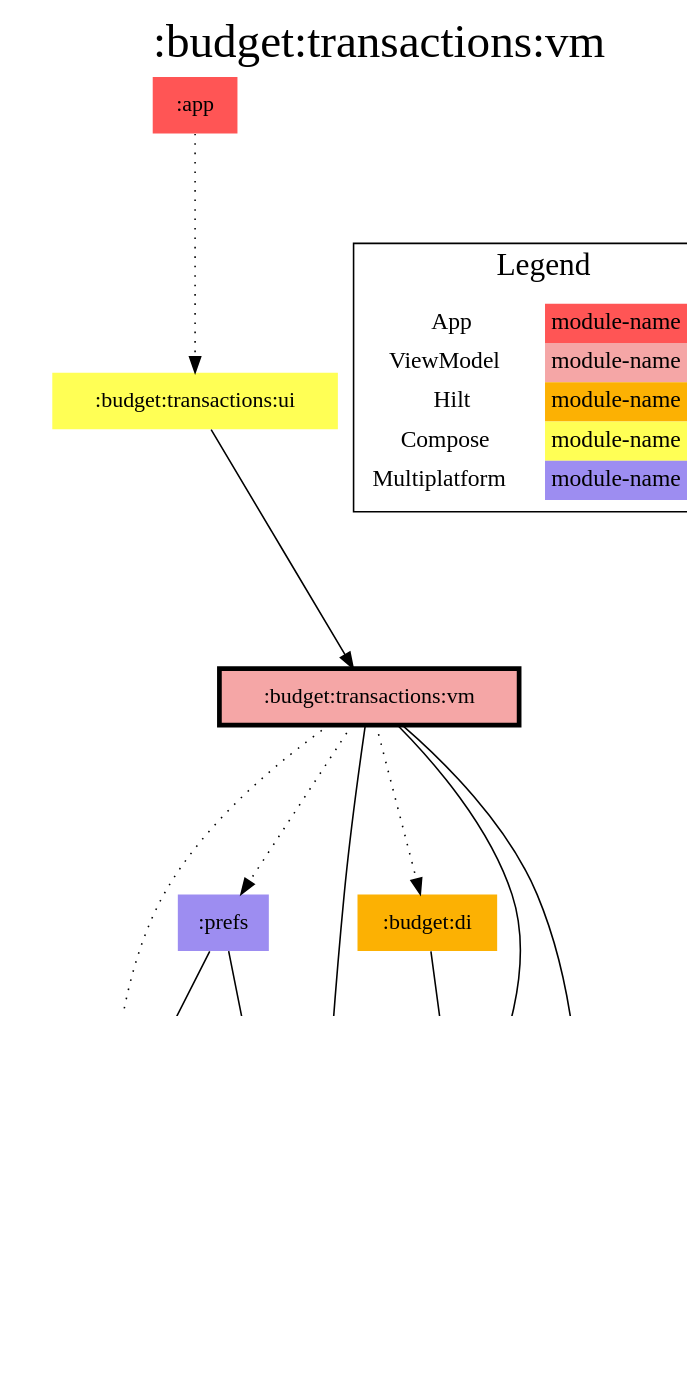
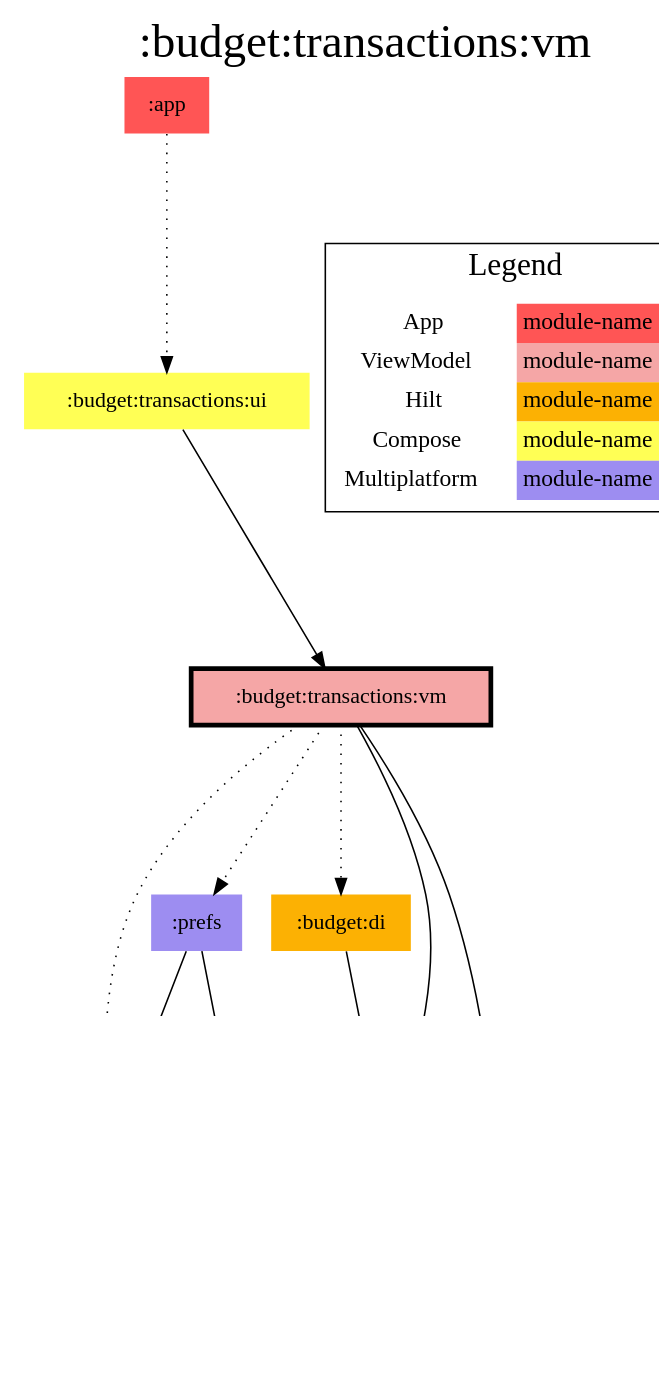
The diagram in modules/budget/transactions/vm/modules.dot (jonapoul/aktual), drawn with Graphviz before and after one commit. The commit also changed 196 other files, not shown here.

```diff
--- a/modules/budget/transactions/vm/modules.dot
+++ b/modules/budget/transactions/vm/modules.dot
@@ -1,45 +1,44 @@
 digraph {
 edge ["dir"="forward"]
 graph ["dpi"="100","label"=":budget:transactions:vm","labelloc"="t","fontsize"="30","ranksep"="1.5","rankdir"="TB"]
 node ["style"="filled"]
 ":account:model" ["fillcolor"="#9D8DF1","shape"="none"]
 ":app" ["fillcolor"="#FF5555","shape"="none"]
 ":budget:data" ["fillcolor"="#9D8DF1","shape"="none"]
 ":budget:di" ["fillcolor"="#FCB103","shape"="none"]
 ":budget:model" ["fillcolor"="#9D8DF1","shape"="none"]
 ":budget:transactions:ui" ["fillcolor"="#FFFF55","shape"="none"]
 ":budget:transactions:vm" ["fillcolor"="#F5A6A6","color"="black","penwidth"="3","shape"="box"]
 ":core:model" ["fillcolor"="#9D8DF1","shape"="none"]
 ":prefs" ["fillcolor"="#9D8DF1","shape"="none"]
 {
 edge ["dir"="none"]
 graph ["rank"="same"]
 ":budget:transactions:vm"
 }
 ":app" -> ":budget:transactions:ui" ["style"="dotted"]
 ":budget:data" -> ":budget:model"
 ":budget:data" -> ":core:model"
 ":budget:di" -> ":budget:data"
 ":budget:transactions:ui" -> ":budget:transactions:vm"
 ":budget:transactions:vm" -> ":account:model" ["style"="dotted"]
 ":budget:transactions:vm" -> ":budget:data"
 ":budget:transactions:vm" -> ":budget:di" ["style"="dotted"]
 ":budget:transactions:vm" -> ":budget:model"
-":budget:transactions:vm" -> ":core:model"
 ":budget:transactions:vm" -> ":prefs" ["style"="dotted"]
 ":prefs" -> ":account:model"
 ":prefs" -> ":core:model"
 subgraph "cluster_legend" {
 edge ["dir"="none"]
 graph ["label"="Legend","fontsize"="20"]
 "Legend" ["style"="filled","fillcolor"="#FFFFFF","shape"="none","margin"="0","fontsize"="15","label"=<
 <TABLE BORDER="0" CELLBORDER="0" CELLSPACING="0" CELLPADDING="4">
 <TR><TD>App</TD><TD BGCOLOR="#FF5555">module-name</TD></TR>
 <TR><TD>ViewModel</TD><TD BGCOLOR="#F5A6A6">module-name</TD></TR>
 <TR><TD>Hilt</TD><TD BGCOLOR="#FCB103">module-name</TD></TR>
 <TR><TD>Compose</TD><TD BGCOLOR="#FFFF55">module-name</TD></TR>
 <TR><TD>Multiplatform</TD><TD BGCOLOR="#9D8DF1">module-name</TD></TR>
 </TABLE>
 >]
 } -> ":budget:transactions:vm" ["style"="invis"]
 }
```
